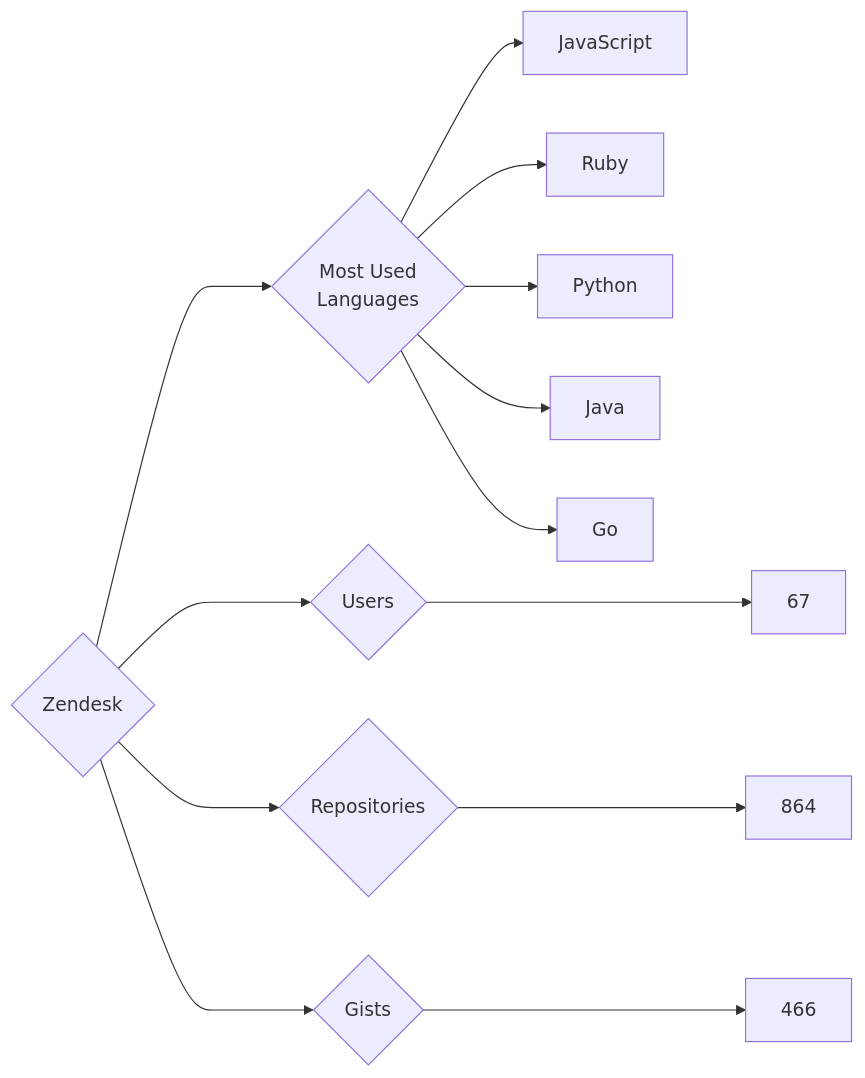
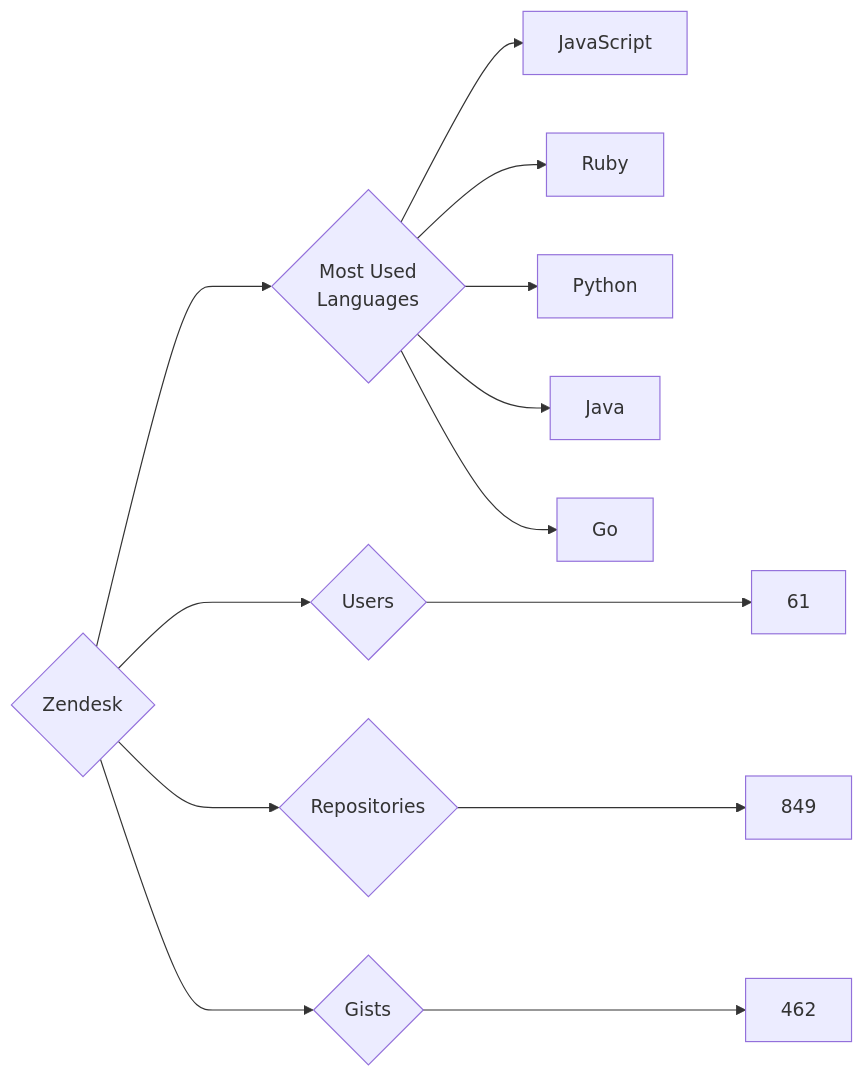
The diagram in targets/Zendesk/README.md (trickest/insiders), drawn with Mermaid before and after one commit. The commit also changed 770 other files, not shown here.

````diff
--- a/targets/Zendesk/README.md
+++ b/targets/Zendesk/README.md
@@ -3,13 +3,13 @@
 ```mermaid
 graph LR
 COMPANY_NAME{Zendesk}
-COMPANY_NAME ---> U{Users} ---> UN[67]
-COMPANY_NAME ---> R{Repositories} ---> RN[864]
-COMPANY_NAME ---> G{Gists} ---> GN[466]
+COMPANY_NAME ---> U{Users} ---> UN[61]
+COMPANY_NAME ---> R{Repositories} ---> RN[849]
+COMPANY_NAME ---> G{Gists} ---> GN[462]
 COMPANY_NAME ---> ML{Most Used<br>Languages}
 ML --> JavaScript[JavaScript]
 ML --> Ruby[Ruby]
 ML --> Python[Python]
 ML --> Java[Java]
 ML --> Go[Go]
 ```
````
